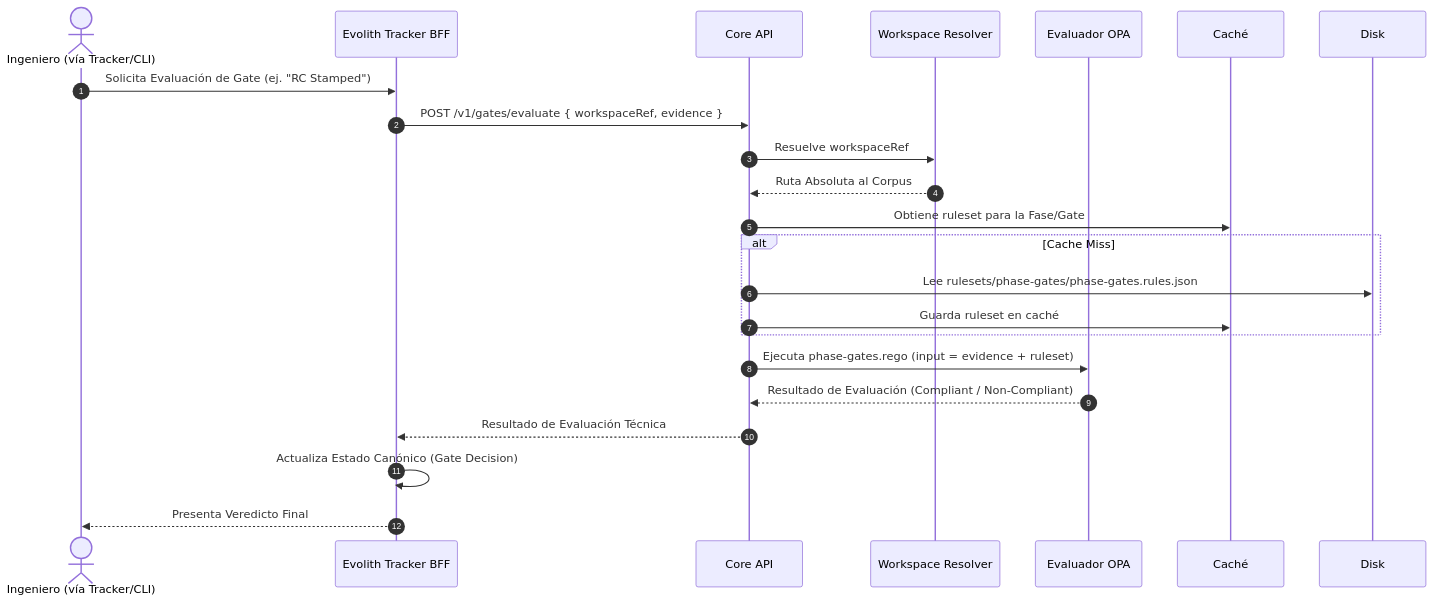
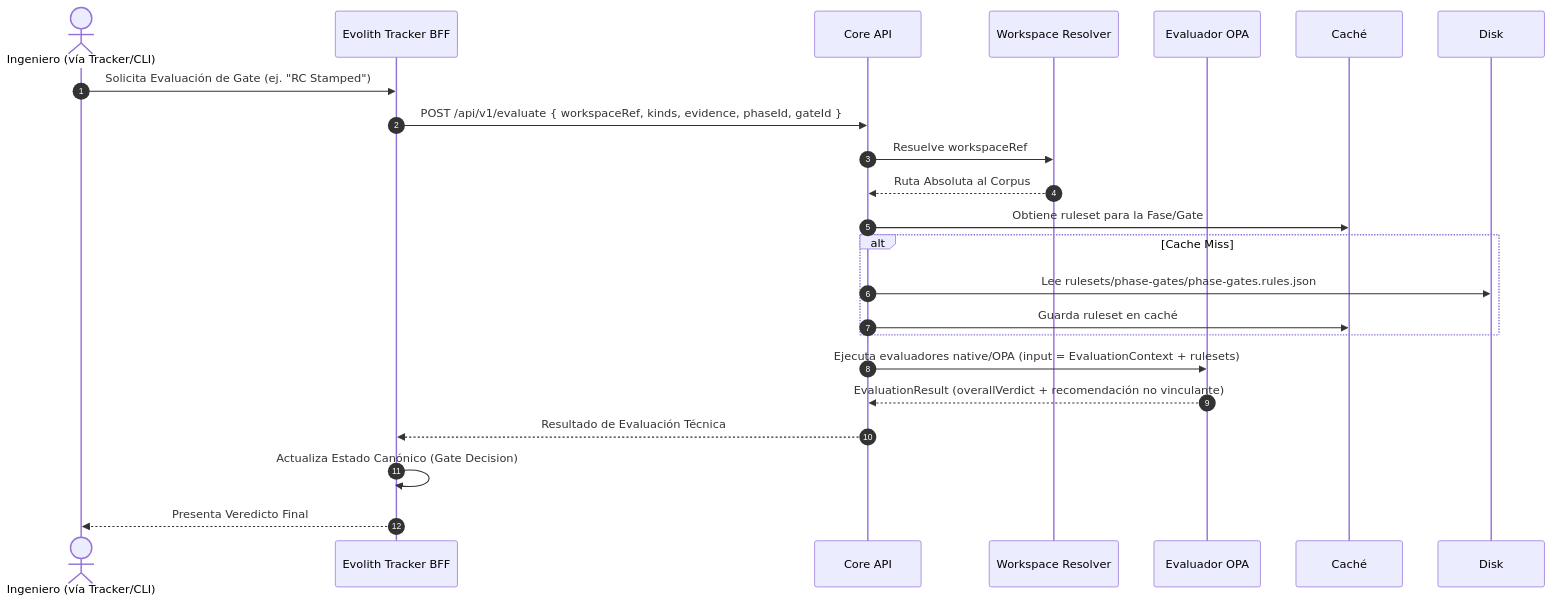
Before and after one commit to beyondnetcode/evolith_arch32: the first of 2 diagrams in reference/architecture/views/view-by-flow.es.md, drawn with Mermaid. The commit also changed other lines of this file and 41 other files, not shown here.

Commit message:
docs: align architecture reference with implementation

````diff
--- a/reference/architecture/views/view-by-flow.es.md
+++ b/reference/architecture/views/view-by-flow.es.md
@@ -16,29 +16,29 @@
 ```mermaid
 sequenceDiagram
     autonumber
     actor User as Ingeniero (vía Tracker/CLI)
     participant Tracker as Evolith Tracker BFF
     participant CoreAPI as Core API
     participant Resolver as Workspace Resolver
     participant OPA as Evaluador OPA
     participant Redis as Caché
 
     User->>Tracker: Solicita Evaluación de Gate (ej. "RC Stamped")
-    Tracker->>CoreAPI: POST /v1/gates/evaluate { workspaceRef, evidence }
+    Tracker->>CoreAPI: POST /api/v1/evaluate { workspaceRef, kinds, evidence, phaseId, gateId }
     
     CoreAPI->>Resolver: Resuelve workspaceRef
     Resolver-->>CoreAPI: Ruta Absoluta al Corpus
     
     CoreAPI->>Redis: Obtiene ruleset para la Fase/Gate
     alt Cache Miss
         CoreAPI->>Disk: Lee rulesets/phase-gates/phase-gates.rules.json
         CoreAPI->>Redis: Guarda ruleset en caché
     end
     
-    CoreAPI->>OPA: Ejecuta phase-gates.rego (input = evidence + ruleset)
-    OPA-->>CoreAPI: Resultado de Evaluación (Compliant / Non-Compliant)
+    CoreAPI->>OPA: Ejecuta evaluadores native/OPA (input = EvaluationContext + rulesets)
+    OPA-->>CoreAPI: EvaluationResult (overallVerdict + recomendación no vinculante)
     
     CoreAPI-->>Tracker: Resultado de Evaluación Técnica
     Tracker->>Tracker: Actualiza Estado Canónico (Gate Decision)
     Tracker-->>User: Presenta Veredicto Final
 ```
````
